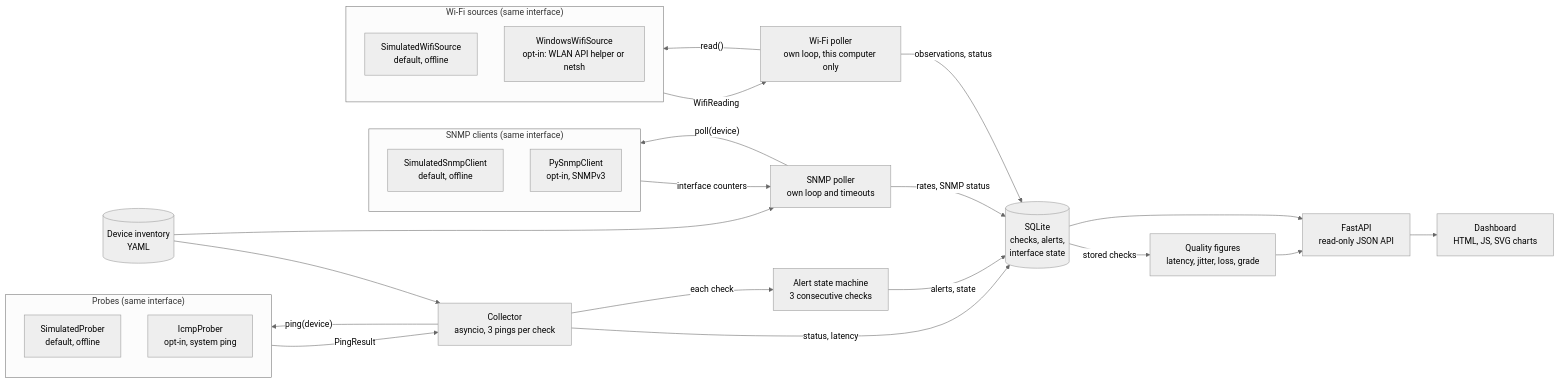
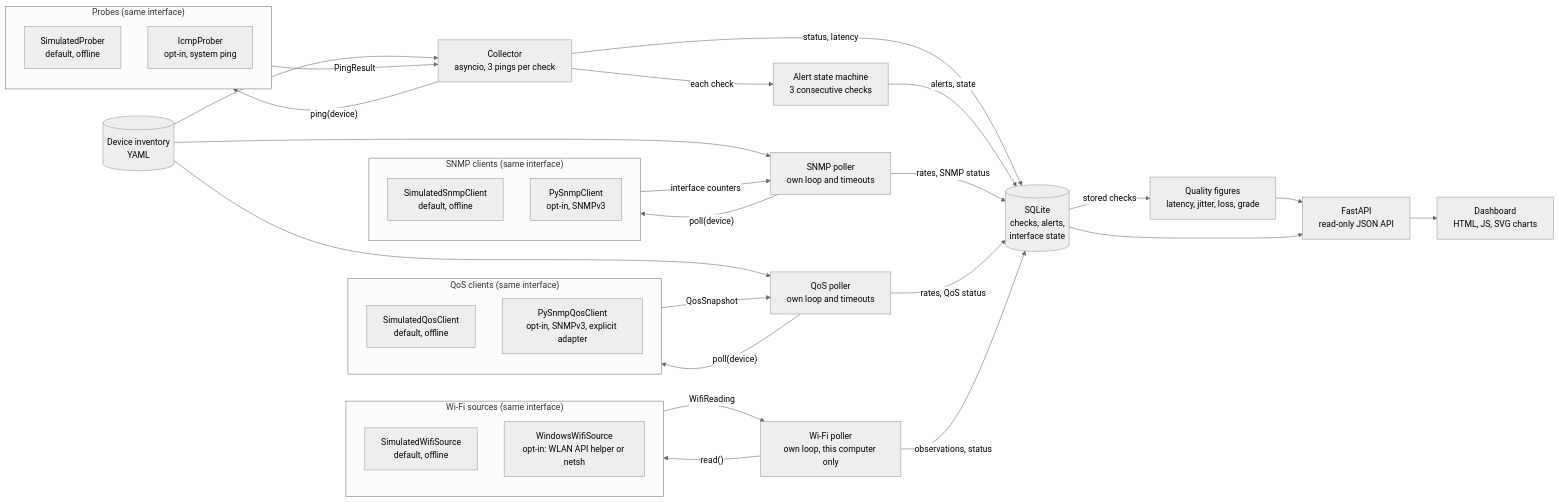
Before and after one commit to ImLukeRT/NetMonLT-Network-Monitoring-Tool: the diagram in README.md, drawn with Mermaid (neutral theme). The commit also changed other lines of this file and 24 other files, not shown here.

First line of the commit message:
feat: add SNMPv3 QoS telemetry and simulated traffic classes

````diff
--- a/README.md
+++ b/README.md
@@ -95,32 +101,40 @@
 ```mermaid
 flowchart LR
     inv[("Device inventory<br/>YAML")] --> col
     subgraph probes["Probes (same interface)"]
         sim["SimulatedProber<br/>default, offline"]
         icmp["IcmpProber<br/>opt-in, system ping"]
     end
     inv --> snmp
     subgraph snmpc["SNMP clients (same interface)"]
         ssim["SimulatedSnmpClient<br/>default, offline"]
         spy["PySnmpClient<br/>opt-in, SNMPv3"]
     end
     col["Collector<br/>asyncio, 3 pings per check"] -->|"ping(device)"| probes
     probes -->|"PingResult"| col
     snmp["SNMP poller<br/>own loop and timeouts"] -->|"poll(device)"| snmpc
     snmpc -->|"interface counters"| snmp
     col -->|"status, latency"| db[("SQLite<br/>checks, alerts,<br/>interface state")]
     col -->|"each check"| alert["Alert state machine<br/>3 consecutive checks"]
     alert -->|"alerts, state"| db
     snmp -->|"rates, SNMP status"| db
+    inv --> qosp
+    qosp["QoS poller<br/>own loop and timeouts"] -->|"poll(device)"| qosc
+    subgraph qosc["QoS clients (same interface)"]
+        qsim["SimulatedQosClient<br/>default, offline"]
+        qpy["PySnmpQosClient<br/>opt-in, SNMPv3, explicit adapter"]
+    end
+    qosc -->|"QosSnapshot"| qosp
+    qosp -->|"rates, QoS status"| db
     wifi["Wi-Fi poller<br/>own loop, this computer only"] -->|"read()"| wsrc
     subgraph wsrc["Wi-Fi sources (same interface)"]
         wsim["SimulatedWifiSource<br/>default, offline"]
         wwin["WindowsWifiSource<br/>opt-in: WLAN API helper or netsh"]
     end
     wsrc -->|"WifiReading"| wifi
     wifi -->|"observations, status"| db
     db -->|"stored checks"| qual["Quality figures<br/>latency, jitter, loss, grade"]
     qual --> api
     db --> api["FastAPI<br/>read-only JSON API"]
     api --> ui["Dashboard<br/>HTML, JS, SVG charts"]
 ```
````
